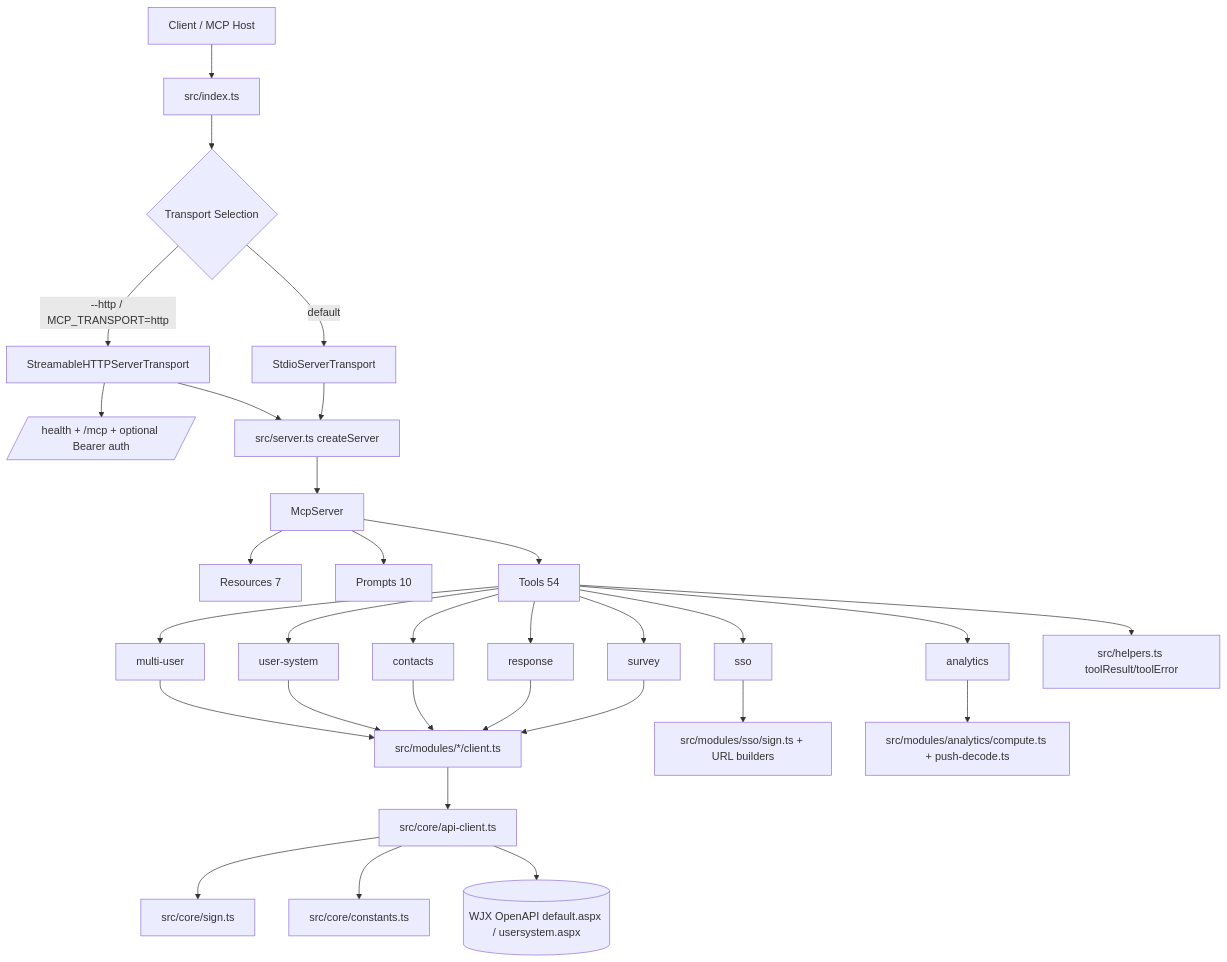
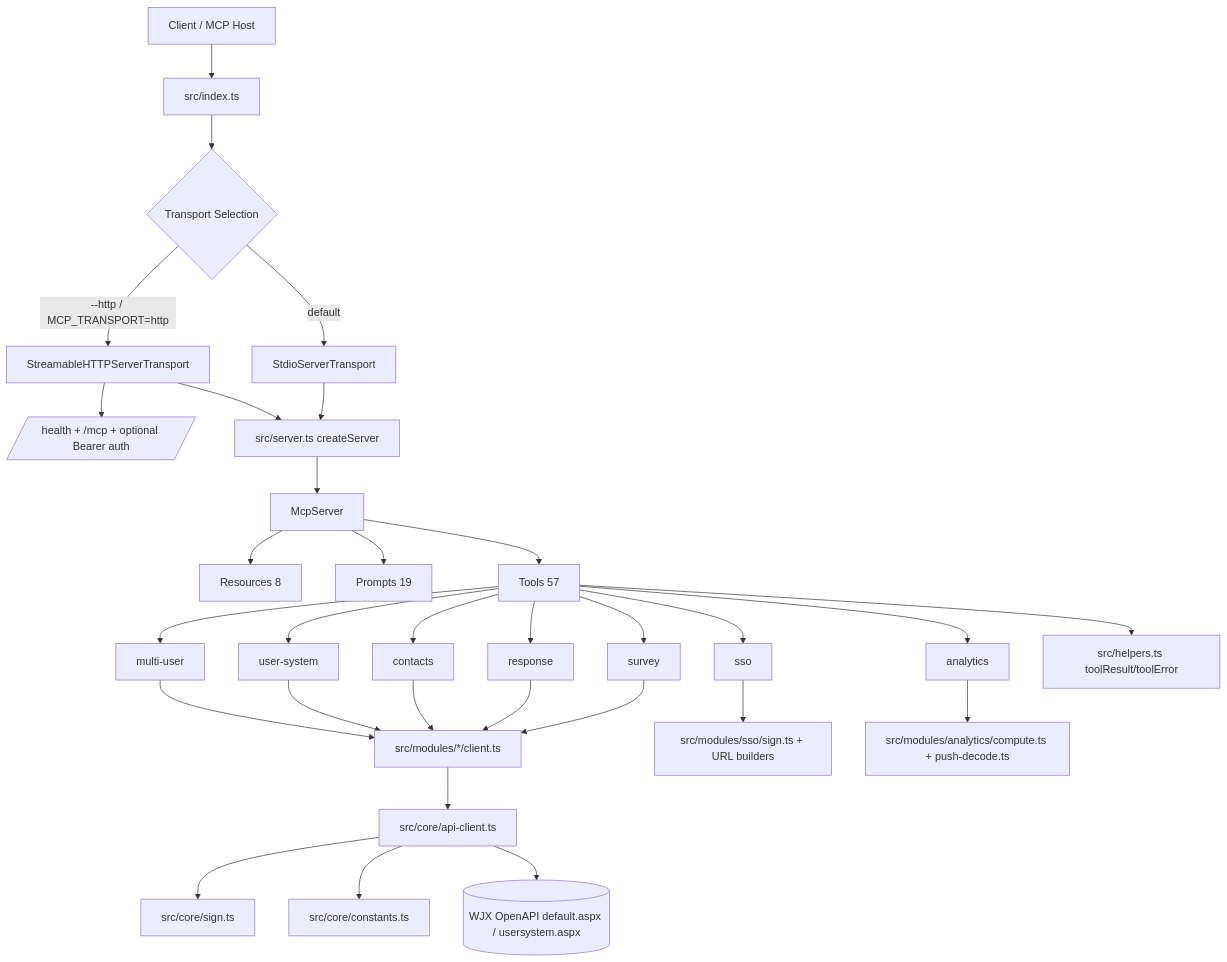
Before and after one commit to wjxcom/wjx-ai-kit: the diagram in wjx-ai-kit/wjx-mcp-server/docs/architecture.md, drawn with Mermaid. The commit also changed other lines of this file and 15 other files, not shown here.

````diff
--- a/wjx-ai-kit/wjx-mcp-server/docs/architecture.md
+++ b/wjx-ai-kit/wjx-mcp-server/docs/architecture.md
@@ -18,38 +18,38 @@
 ```mermaid
 flowchart TD
     A[Client / MCP Host] --> B[src/index.ts]
     B --> C{Transport Selection}
     C -->|default| D[StdioServerTransport]
     C -->|--http / MCP_TRANSPORT=http| E[StreamableHTTPServerTransport]
     E --> E1[/health + /mcp + optional Bearer auth/]
 
     D --> F[src/server.ts createServer]
     E --> F
 
     F --> G[McpServer]
-    G --> H[Resources 7]
-    G --> I[Prompts 10]
-    G --> J[Tools 54]
+    G --> H[Resources 8]
+    G --> I[Prompts 19]
+    G --> J[Tools 57]
 
     J --> M1[survey]
     J --> M2[response]
     J --> M3[contacts]
     J --> M4[user-system]
     J --> M5[multi-user]
     J --> M6[sso]
     J --> M7[analytics]
 
     M1 --> N1[src/modules/*/client.ts]
     M2 --> N1
     M3 --> N1
     M4 --> N1
     M5 --> N1
     N1 --> O[src/core/api-client.ts]
     O --> P[src/core/sign.ts]
     O --> Q[src/core/constants.ts]
     O --> R[(WJX OpenAPI default.aspx / usersystem.aspx)]
 
     M6 --> S[src/modules/sso/sign.ts + URL builders]
     M7 --> T[src/modules/analytics/compute.ts + push-decode.ts]
     J --> U[src/helpers.ts toolResult/toolError]
 ```
````
